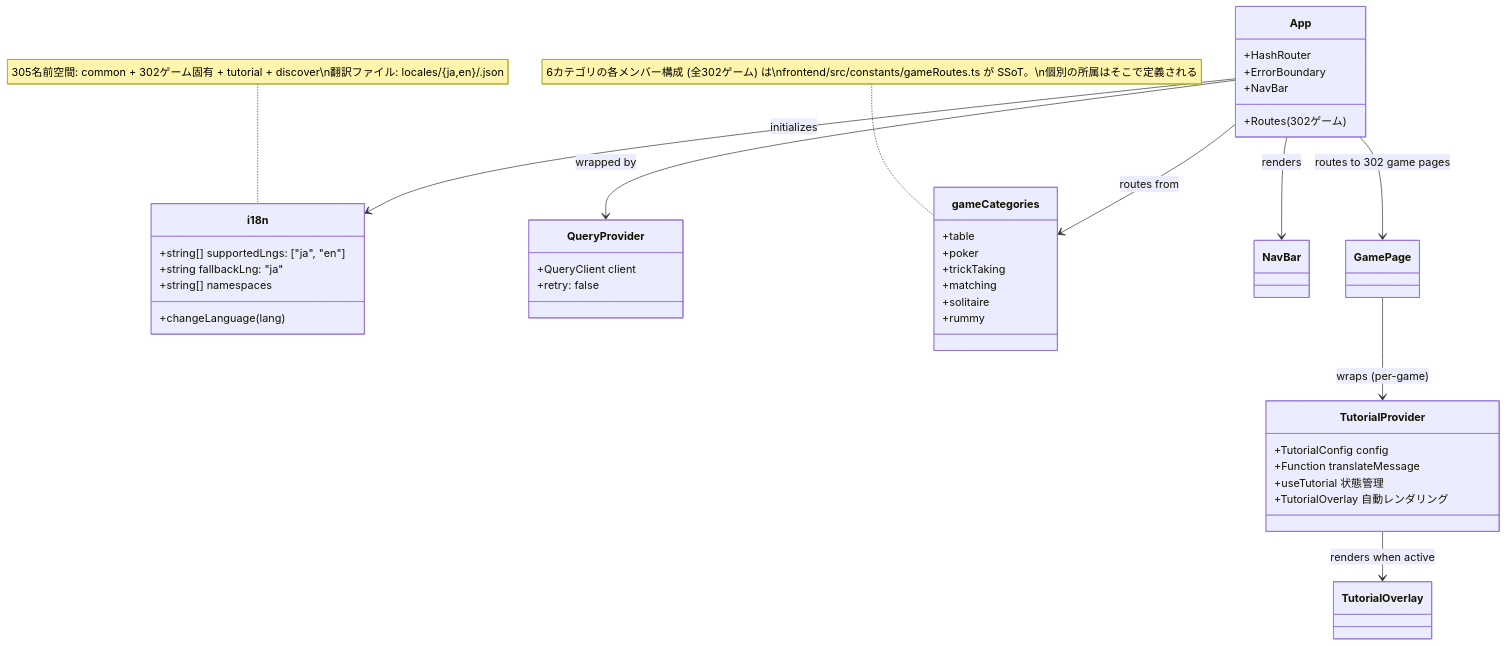
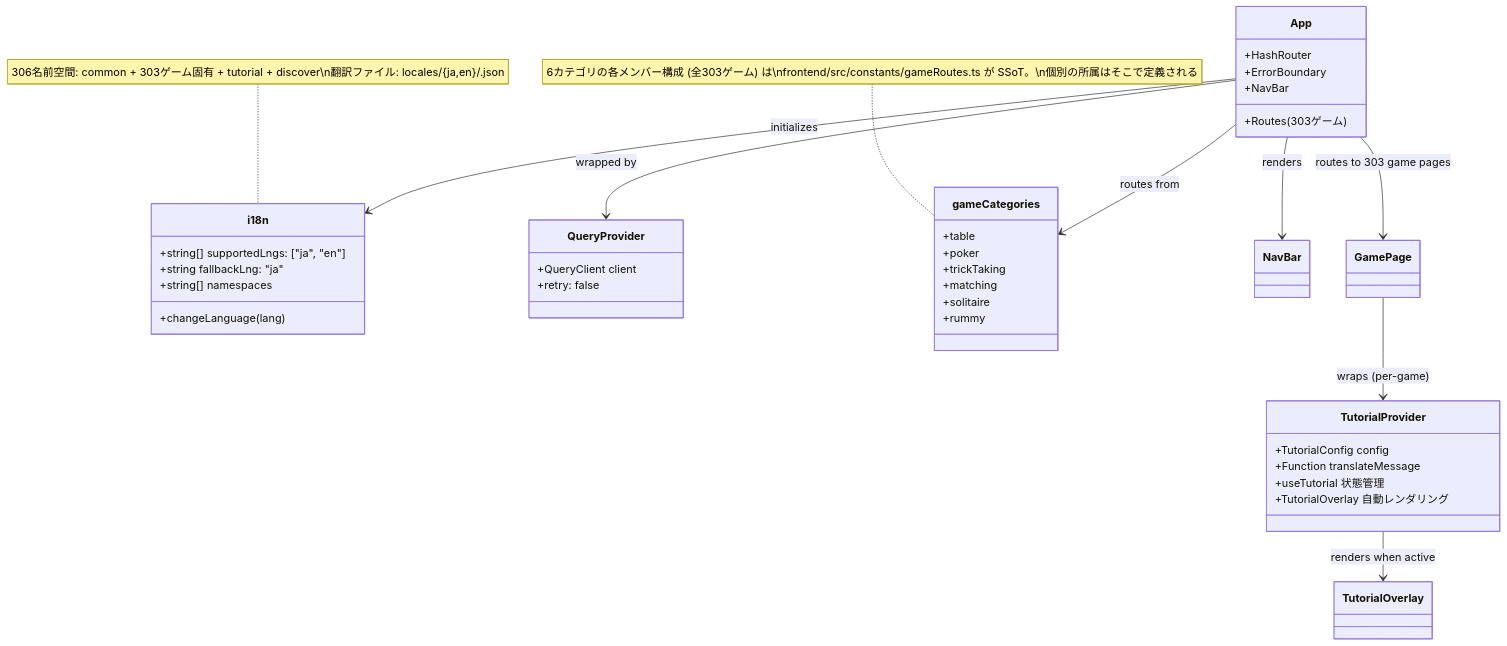
One commit to yuta-yoshinaga/go_trumpcards changed the ninth of 49 diagrams in docs/design/frontend.md. Above: the diagram before and after it, drawn with Mermaid. The commit also changed other lines of this file and 62 other files, not shown here.

````diff
--- a/docs/design/frontend.md
+++ b/docs/design/frontend.md
@@ -1869,48 +1869,48 @@
 ```mermaid
 classDiagram
     class i18n {
         +string[] supportedLngs: ["ja", "en"]
         +string fallbackLng: "ja"
         +string[] namespaces
         +changeLanguage(lang)
     }
 
     class QueryProvider {
         +QueryClient client
         +retry: false
     }
 
     class App {
         +HashRouter
         +ErrorBoundary
         +NavBar
-        +Routes (302ゲーム)
+        +Routes (303ゲーム)
     }
 
     class gameCategories {
         +table
         +poker
         +trickTaking
         +matching
         +solitaire
         +rummy
     }
-    note for gameCategories "6カテゴリの各メンバー構成 (全302ゲーム) は\nfrontend/src/constants/gameRoutes.ts が SSoT。\n個別の所属はそこで定義される"
+    note for gameCategories "6カテゴリの各メンバー構成 (全303ゲーム) は\nfrontend/src/constants/gameRoutes.ts が SSoT。\n個別の所属はそこで定義される"
 
     class TutorialProvider {
         +TutorialConfig config
         +Function translateMessage
         +useTutorial 状態管理
         +TutorialOverlay 自動レンダリング
     }
 
     App --> QueryProvider : wrapped by
     App --> i18n : initializes
     App --> gameCategories : routes from
     App --> NavBar : renders
-    App --> GamePage : routes to 302 game pages
+    App --> GamePage : routes to 303 game pages
     GamePage --> TutorialProvider : wraps (per-game)
     TutorialProvider --> TutorialOverlay : renders when active
 
-    note for i18n "305名前空間: common + 302ゲーム固有 + tutorial + discover\n翻訳ファイル: locales/{ja,en}/<game>.json"
+    note for i18n "306名前空間: common + 303ゲーム固有 + tutorial + discover\n翻訳ファイル: locales/{ja,en}/<game>.json"
 ```
````
